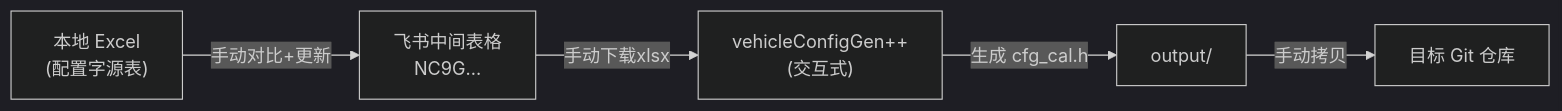
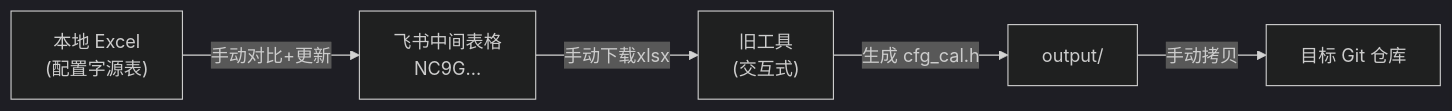
Before and after one commit to BryanRun/ADK: the first of 2 diagrams in tools/tool_cfg_word/PLAN.md, drawn with Mermaid (dark theme). The commit also changed other lines of this file and 17 other files, not shown here.

First line of the commit message:
docs: 全文档章节编号统一、版本历史补全，删除 vehicleConfigGen++

````diff
--- a/tools/tool_cfg_word/PLAN.md
+++ b/tools/tool_cfg_word/PLAN.md
@@ -7,7 +7,7 @@
 ```mermaid
 flowchart LR
     A["本地 Excel\n(配置字源表)"] -->|手动对比+更新| B["飞书中间表格\nNC9G..."]
-    B -->|手动下载xlsx| C["vehicleConfigGen++\n(交互式)"]
+    B -->|手动下载xlsx| C["旧工具\n(交互式)"]
     C -->|生成 cfg_cal.h| D["output/"]
     D -->|手动拷贝| E["目标 Git 仓库"]
 ```
````
